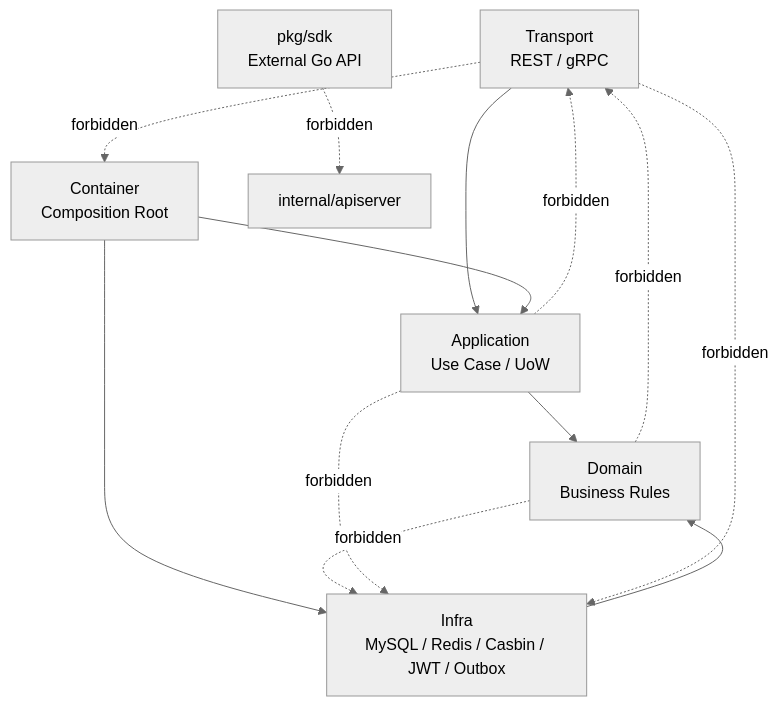
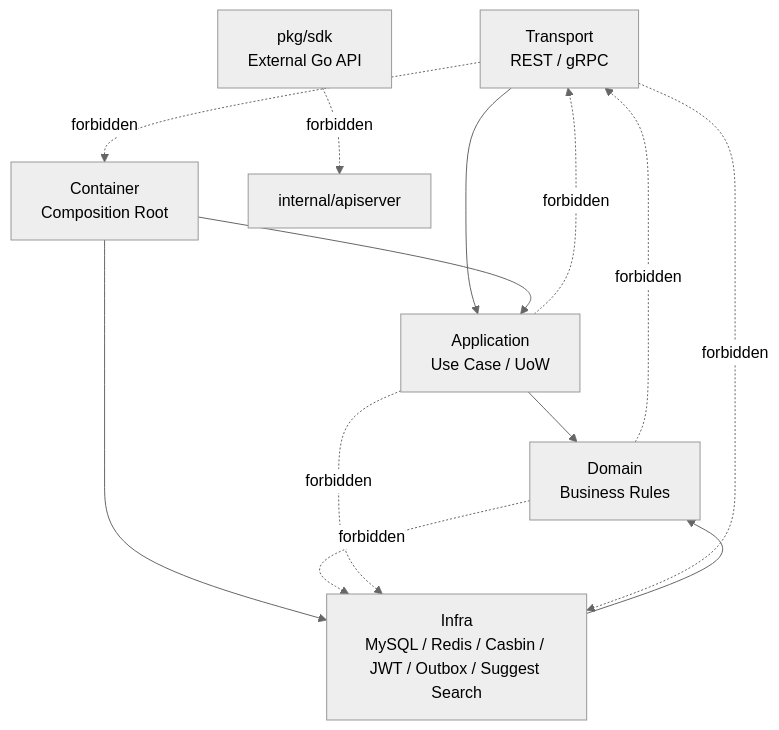
Before and after one commit to FangcunMount/iam: diagram 29 of 35 in docs/07-宣讲/12-架构图素材索引.md, drawn with Mermaid (neutral theme). The commit also changed other lines of this file and 16 other files, not shown here.

````diff
--- a/docs/07-宣讲/12-架构图素材索引.md
+++ b/docs/07-宣讲/12-架构图素材索引.md
@@ -1424,23 +1505,23 @@
 ```mermaid
 flowchart TD
     Transport["Transport<br/>REST / gRPC"]
     Application["Application<br/>Use Case / UoW"]
     Domain["Domain<br/>Business Rules"]
-    Infra["Infra<br/>MySQL / Redis / Casbin / JWT / Outbox"]
+    Infra["Infra<br/>MySQL / Redis / Casbin / JWT / Outbox / Suggest Search"]
     Container["Container<br/>Composition Root"]
     SDK["pkg/sdk<br/>External Go API"]
 
     Transport --> Application
     Application --> Domain
     Infra --> Domain
     Container --> Application
     Container --> Infra
 
     Domain -. forbidden .-> Infra
     Domain -. forbidden .-> Transport
     Application -. forbidden .-> Transport
     Application -. forbidden .-> Infra
     Transport -. forbidden .-> Container
     Transport -. forbidden .-> Infra
     SDK -. forbidden .-> Internal["internal/apiserver"]
 ```
````
